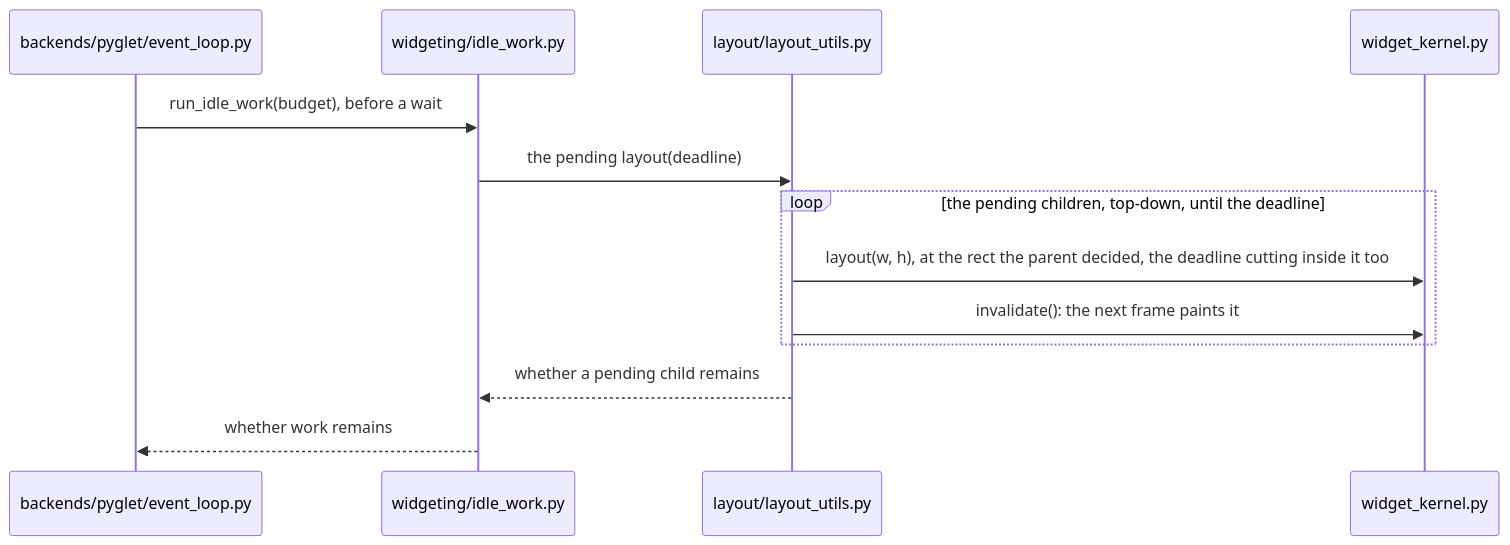
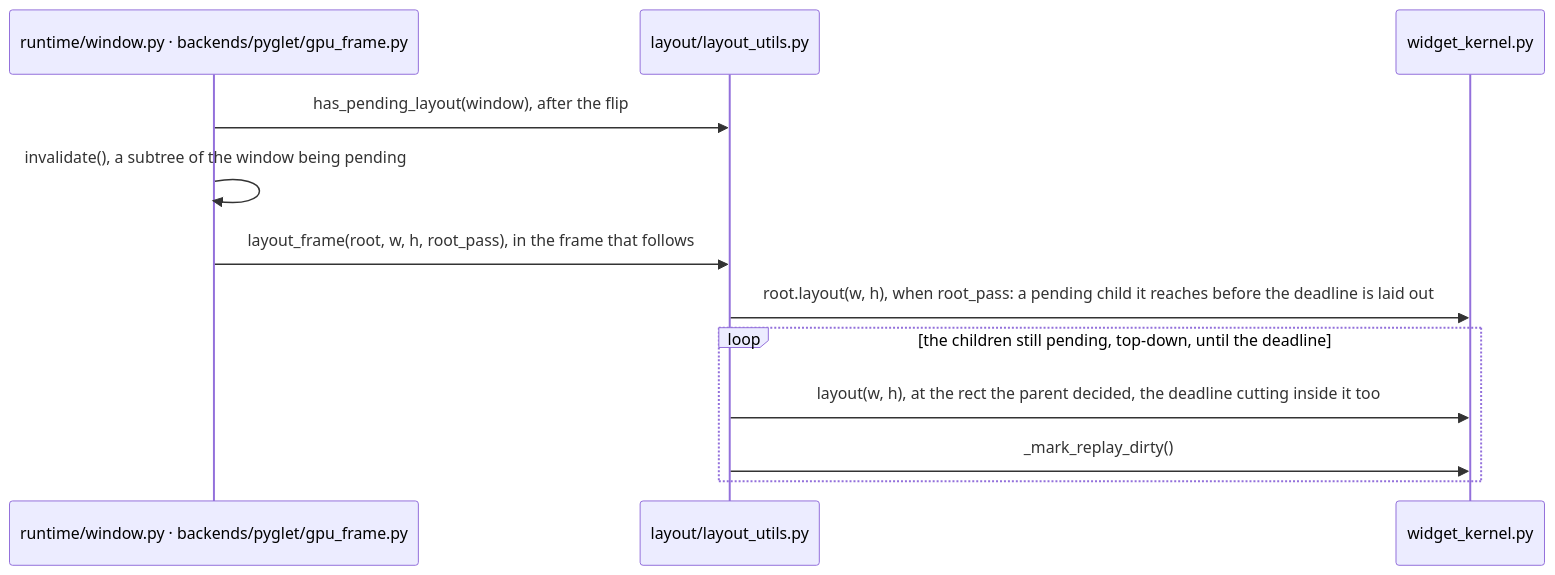
The tenth of 10 diagrams in docs/design/RENDERING_PIPELINE.md (yuksblog/nuiitivet), drawn with Mermaid before and after one commit. The commit also changed other lines of this file and 18 other files, not shown here.

First line of the commit message:
fix(layout): stop a late frame from blanking the window

````diff
--- a/docs/design/RENDERING_PIPELINE.md
+++ b/docs/design/RENDERING_PIPELINE.md
@@ -332,16 +345,15 @@
 ```mermaid
 sequenceDiagram
-    participant E as backends/pyglet/event_loop.py
-    participant I as widgeting/idle_work.py
+    participant W as runtime/window.py · backends/pyglet/gpu_frame.py
     participant U as layout/layout_utils.py
     participant K as widget_kernel.py
 
-    E->>I: run_idle_work(budget), before a wait
-    I->>U: the pending layout(deadline)
-    loop the pending children, top-down, until the deadline
+    W->>U: has_pending_layout(window), after the flip
+    W->>W: invalidate(), a subtree of the window being pending
+    W->>U: layout_frame(root, w, h, root_pass), in the frame that follows
+    U->>K: root.layout(w, h), when root_pass: a pending child it reaches before the deadline is laid out
+    loop the children still pending, top-down, until the deadline
         U->>K: layout(w, h), at the rect the parent decided, the deadline cutting inside it too
-        U->>K: invalidate(): the next frame paints it
+        U->>K: _mark_replay_dirty()
     end
-    U-->>I: whether a pending child remains
-    I-->>E: whether work remains
 ```
````
